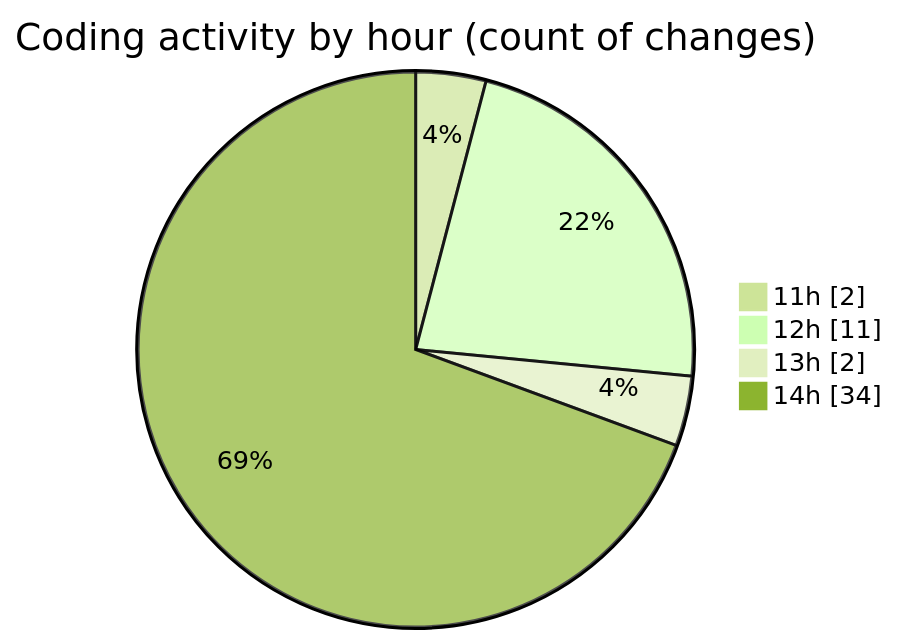
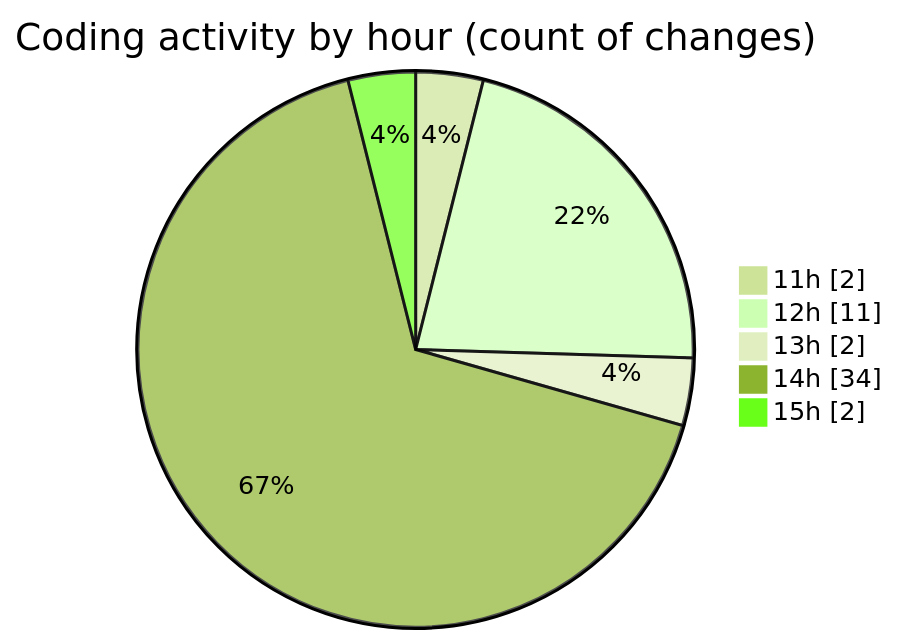
One commit to nxtqubesakshisongat/code-tracking changed the second of 2 diagrams in 2025-09-10/cashcalc/README.md. Above: the diagram before and after it, drawn with Mermaid (forest theme). The commit also changed other lines of this file and 1 other file, not shown here.

````diff
--- a/2025-09-10/cashcalc/README.md
+++ b/2025-09-10/cashcalc/README.md
@@ -44,8 +45,9 @@
 ```mermaid
 pie showData
 title Coding activity by hour (count of changes)
 "11h" : 2
 "12h" : 11
 "13h" : 2
 "14h" : 34
+"15h" : 2
 ```
````
